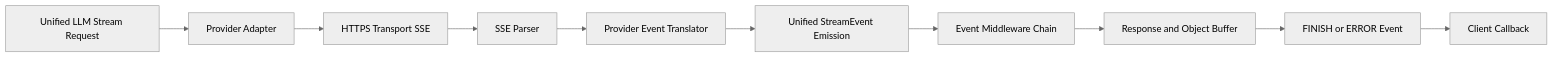
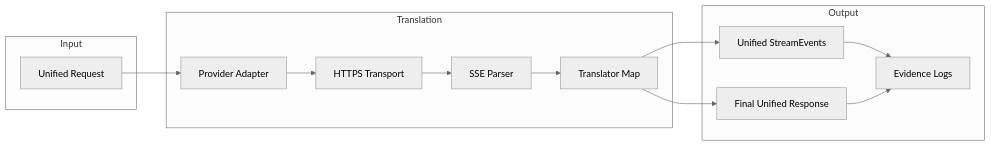
The fourth of 5 diagrams in docs/sprints/SPRINT-005-comprehensive-implementation-plan.md (jaytaylor/attractor-tcl), drawn with Mermaid (neutral theme) before and after one commit. The commit also changed other lines of this file, not shown here.

Commit message:
docs(sprint-005): complete comprehensive implementation plan with verified evidence matrix

````diff
--- a/docs/sprints/SPRINT-005-comprehensive-implementation-plan.md
+++ b/docs/sprints/SPRINT-005-comprehensive-implementation-plan.md
@@ -1242,12 +1057,28 @@
 ```mermaid
 flowchart LR
-    Req[Unified LLM Stream Request] --> Adapter[Provider Adapter]
-    Adapter --> Transport[HTTPS Transport SSE]
-    Transport --> SSE[SSE Parser]
-    SSE --> Translator[Provider Event Translator]
-    Translator --> Events[Unified StreamEvent Emission]
-    Events --> Middleware[Event Middleware Chain]
-    Middleware --> Buffer[Response and Object Buffer]
-    Buffer --> Finish[FINISH or ERROR Event]
-    Finish --> Consumer[Client Callback]
+  subgraph Input
+    RQ[Unified Request]
+  end
+
+  subgraph Translation
+    AD[Provider Adapter]
+    TR[HTTPS Transport]
+    SP[SSE Parser]
+    TM[Translator Map]
+  end
+
+  subgraph Output
+    EV[Unified StreamEvents]
+    FR[Final Unified Response]
+    EVI[Evidence Logs]
+  end
+
+  RQ --> AD
+  AD --> TR
+  TR --> SP
+  SP --> TM
+  TM --> EV
+  TM --> FR
+  EV --> EVI
+  FR --> EVI
 ```
````
